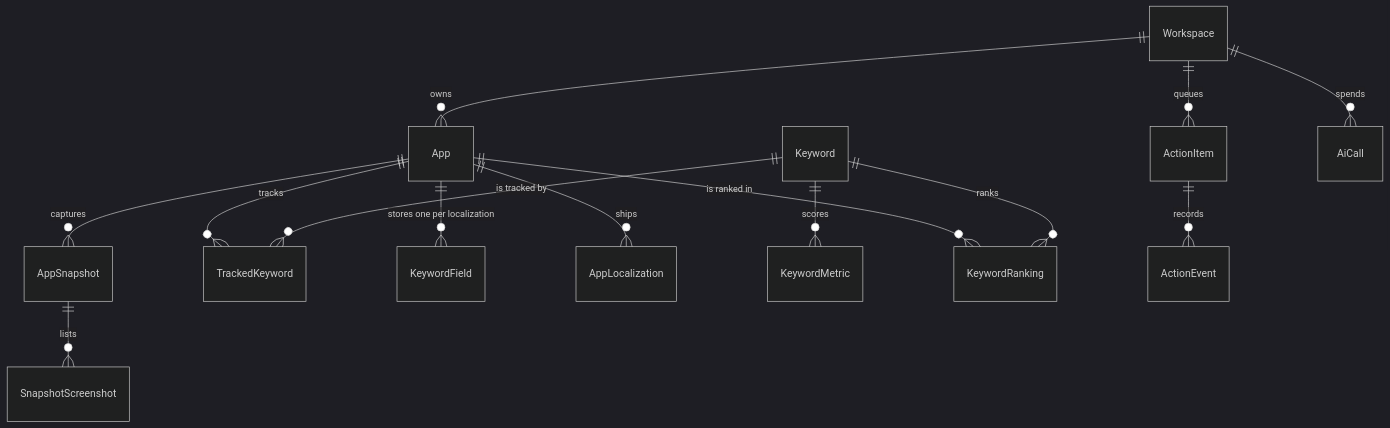
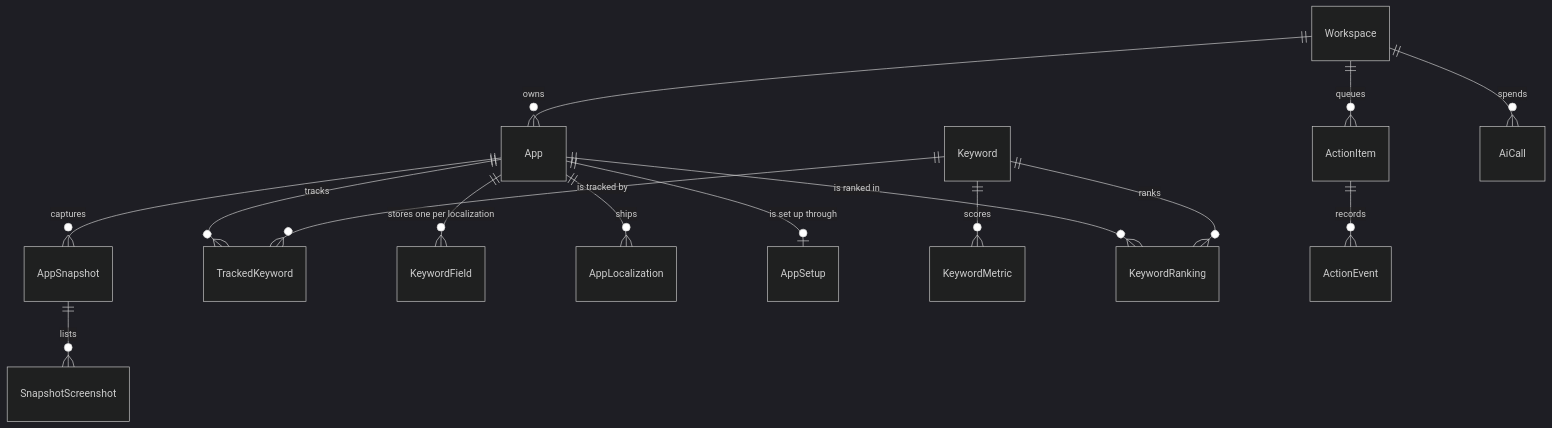
The diagram in docs/concepts/data-model.mdx (AsoBeast/asobeast), drawn with Mermaid (dark theme) before and after one commit. The commit also changed other lines of this file and 3 other files, not shown here.

````diff
--- a/docs/concepts/data-model.mdx
+++ b/docs/concepts/data-model.mdx
@@ -40,16 +41,17 @@
 ```mermaid
 erDiagram
   Workspace ||--o{ App : owns
   App ||--o{ AppSnapshot : captures
   AppSnapshot ||--o{ SnapshotScreenshot : lists
   App ||--o{ TrackedKeyword : tracks
   App ||--o{ KeywordField : "stores one per localization"
   App ||--o{ AppLocalization : ships
+  App ||--o| AppSetup : "is set up through"
   Keyword ||--o{ TrackedKeyword : "is tracked by"
   Keyword ||--o{ KeywordMetric : scores
   App ||--o{ KeywordRanking : "is ranked in"
   Keyword ||--o{ KeywordRanking : ranks
   Workspace ||--o{ ActionItem : queues
   ActionItem ||--o{ ActionEvent : records
   Workspace ||--o{ AiCall : spends
 ```
````
